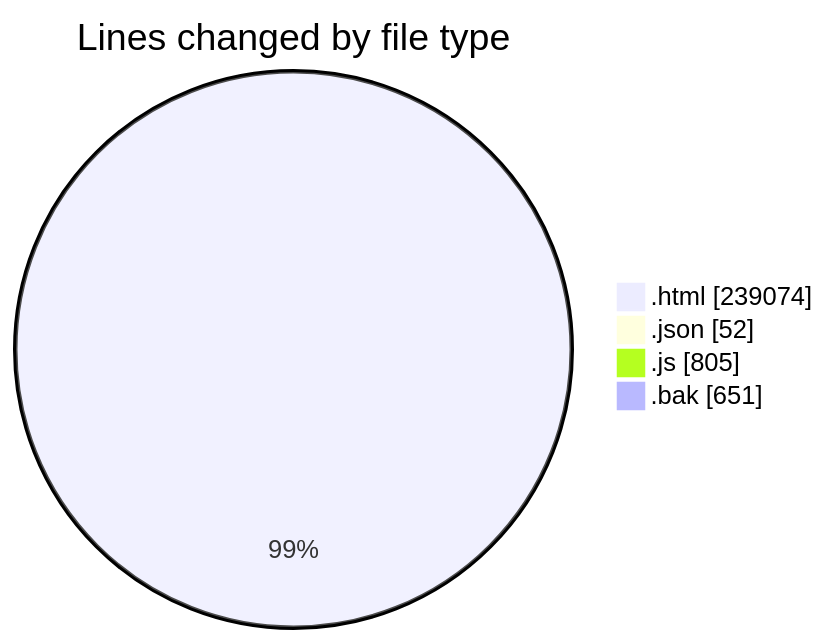
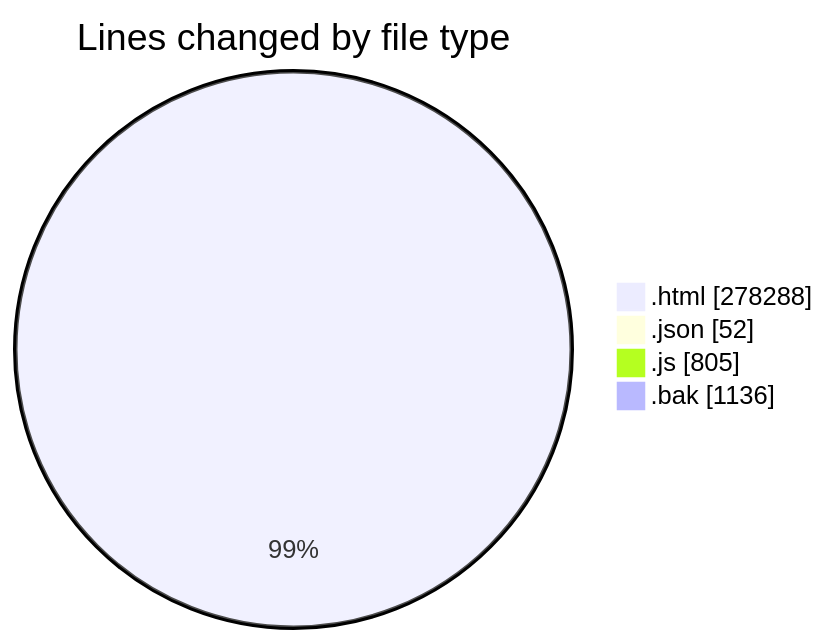
Before and after one commit to vahidmafi/code-tracking: the first of 2 diagrams in 2025-09-16/www/README.md, drawn with Mermaid. The commit also changed other lines of this file and 1 other file, not shown here.

````diff
--- a/2025-09-16/www/README.md
+++ b/2025-09-16/www/README.md
@@ -320,8 +402,8 @@
 ```mermaid
 pie showData
 title Lines changed by file type
-".html" : 239074
+".html" : 278288
 ".json" : 52
 ".js" : 805
-".bak" : 651
+".bak" : 1136
 ```
````
